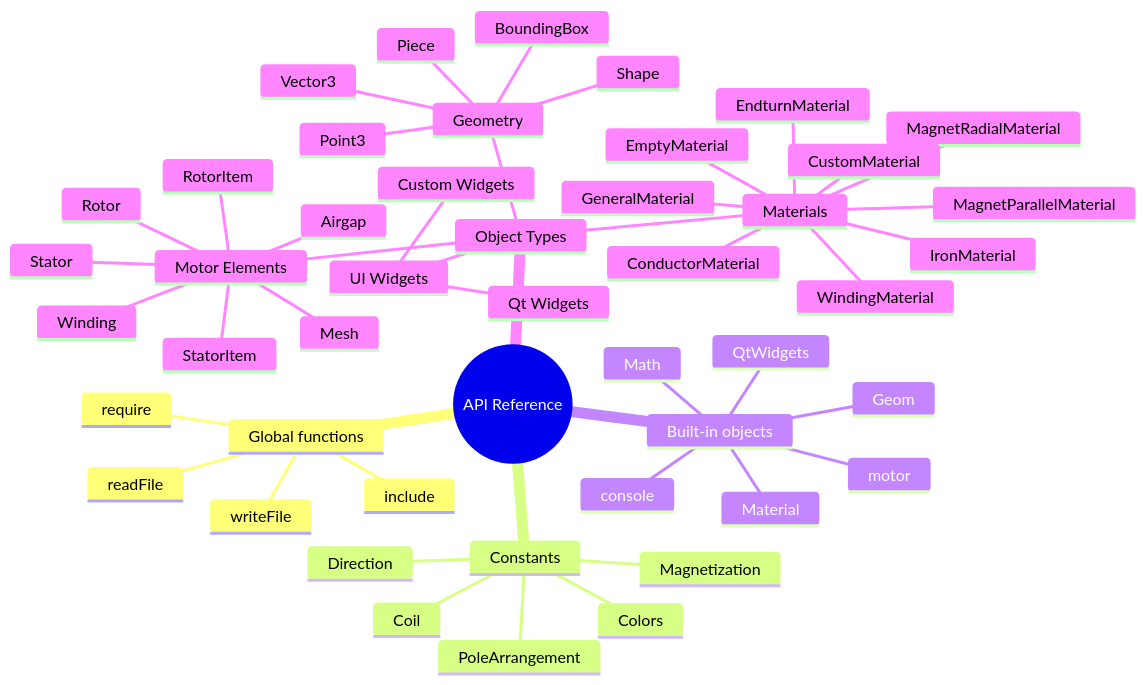
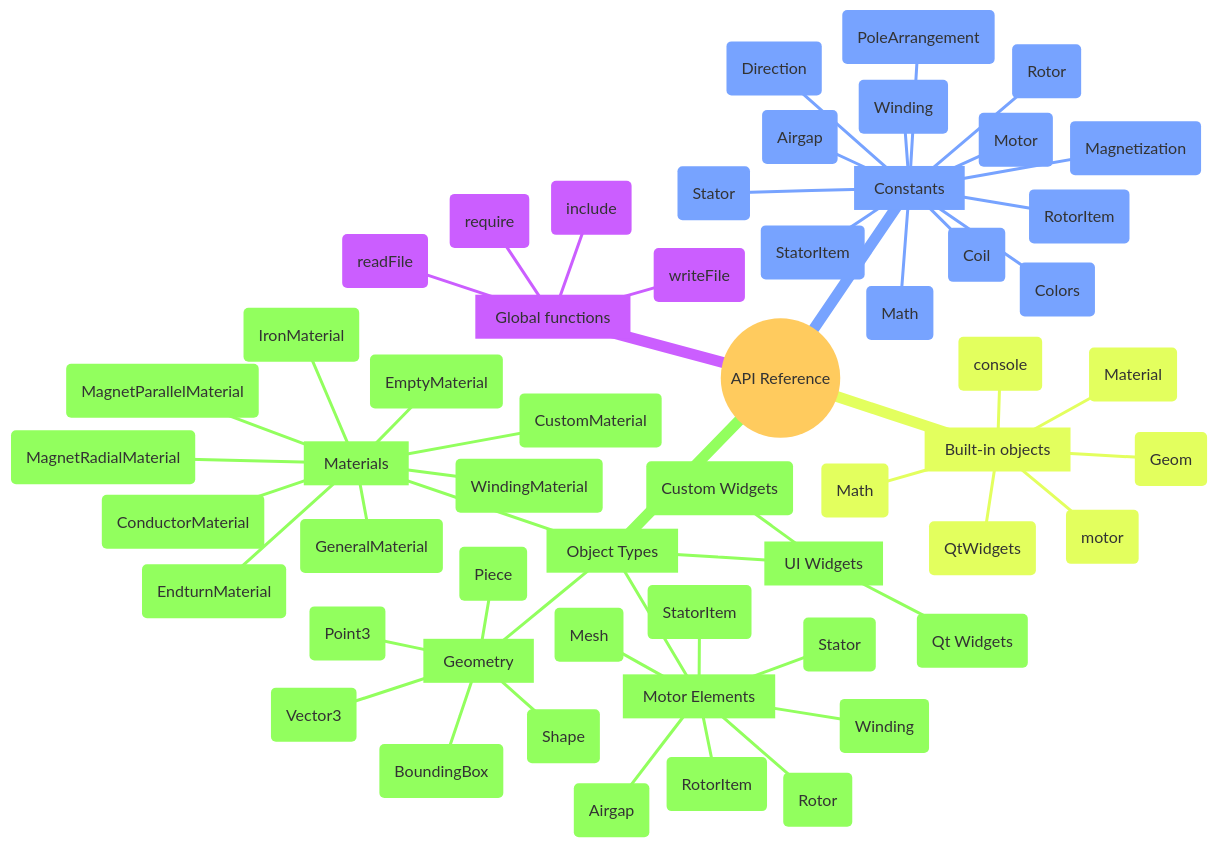
Before and after one commit to VKCreator/MotorXP-AFM-Scripting-API: the diagram in docs/ru/mindmap.md, drawn with Mermaid. The commit also changed other lines of this file and 26 other files, not shown here.

Commit message:
Массовые правки файлов и mindmap

````diff
--- a/docs/ru/mindmap.md
+++ b/docs/ru/mindmap.md
@@ -3,57 +3,70 @@
 ```mermaid
+%%{
+  init: {
+    'theme': 'base'
+  }
+}%%
 mindmap
     root((API Reference))
-        Global functions
-            include
-            require
-            writeFile
-            readFile
+        Global functions[Global functions]
+            include(include)
+            require(require)
+            writeFile(writeFile)
+            readFile(readFile)
 
-        Constants
-            Direction
-            Coil
-            Magnetization
-            PoleArrangement
-            Colors
+        Constants[Constants]
+            Airgap(Airgap)
+            Math(Math)
+            Motor(Motor)
+            Rotor(Rotor)
+            Stator(Stator)
+            RotorItem(RotorItem)
+            StatorItem(StatorItem)
+            Direction(Direction)
+            Coil(Coil)
+            Magnetization(Magnetization)
+            PoleArrangement(PoleArrangement)
+            Colors(Colors)
+            Winding(Winding)
         
-        Built-in objects
-            Math
-            Geom
-            Material
-            QtWidgets
-            console
-            motor
+        Built-in objects[Built-in objects]
+            Math(Math)
+            Geom(Geom)
+            Material(Material)
+            QtWidgets(QtWidgets)
+            console(console)
+            motor(motor)
 
-        Object Types
+        Object Types[Object Types]
 
-            Motor Elements
-                Stator
-                StatorItem
-                Rotor
-                RotorItem
-                Airgap
-                Winding
-                Mesh
+            Motor Elements[Motor Elements]
+                Stator(Stator)
+                StatorItem(StatorItem)
+                Rotor(Rotor)
+                RotorItem(RotorItem)
+                Airgap(Airgap)
+                Winding(Winding)
+                Mesh(Mesh)
 
-            Geometry
-                Point3
-                Vector3
-                Shape
-                BoundingBox
-                Piece
+            Geometry[Geometry]
+                Point3(Point3)
+                Vector3(Vector3)
+                Shape(Shape)
+                BoundingBox(BoundingBox)
+                Piece(Piece)
 
-            Materials
-                ConductorMaterial
-                EmptyMaterial
-                EndturnMaterial
-                GeneralMaterial
-                IronMaterial
-                MagnetParallelMaterial
-                MagnetRadialMaterial
-                WindingMaterial
-                CustomMaterial
+            Materials[Materials]
+                ConductorMaterial(ConductorMaterial)
+                EmptyMaterial(EmptyMaterial)
+                EndturnMaterial(EndturnMaterial)
+                GeneralMaterial(GeneralMaterial)
+                IronMaterial(IronMaterial)
+                MagnetParallelMaterial(MagnetParallelMaterial)
+                MagnetRadialMaterial(MagnetRadialMaterial)
+                WindingMaterial(WindingMaterial)
+                CustomMaterial(CustomMaterial)
 
-            UI Widgets
-                Qt Widgets
-                Custom Widgets
+            UI Widgets[UI Widgets]
+                Qt Widgets(Qt Widgets)
+                Custom Widgets(Custom Widgets)
 ```
````
